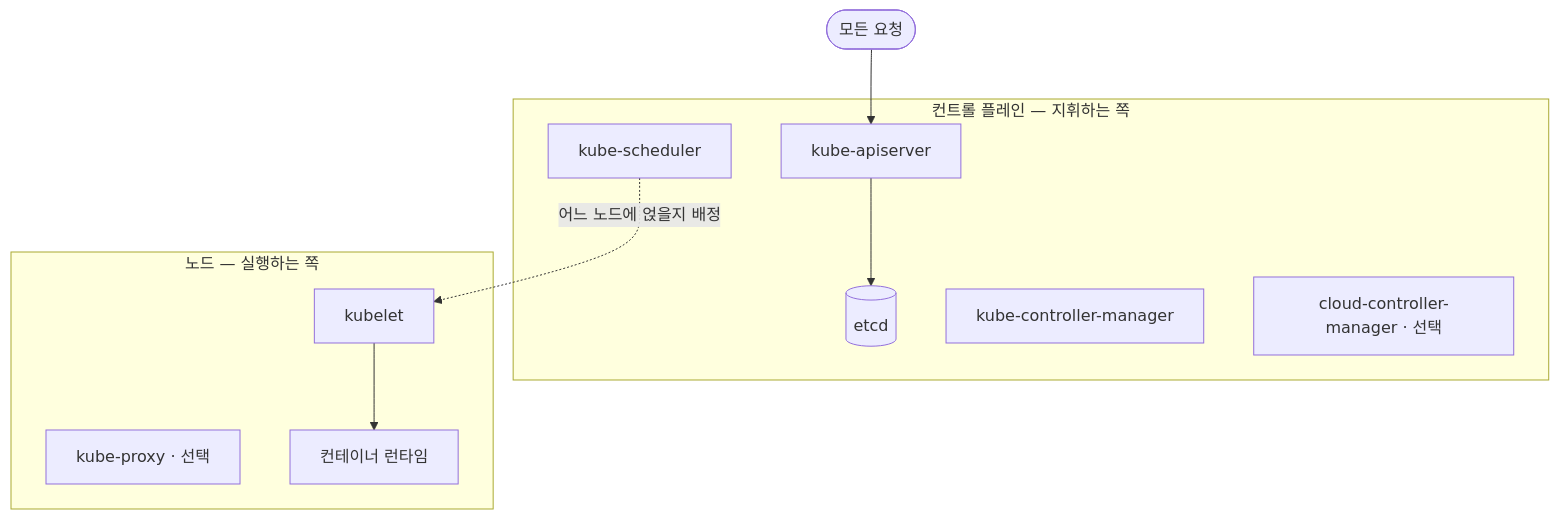
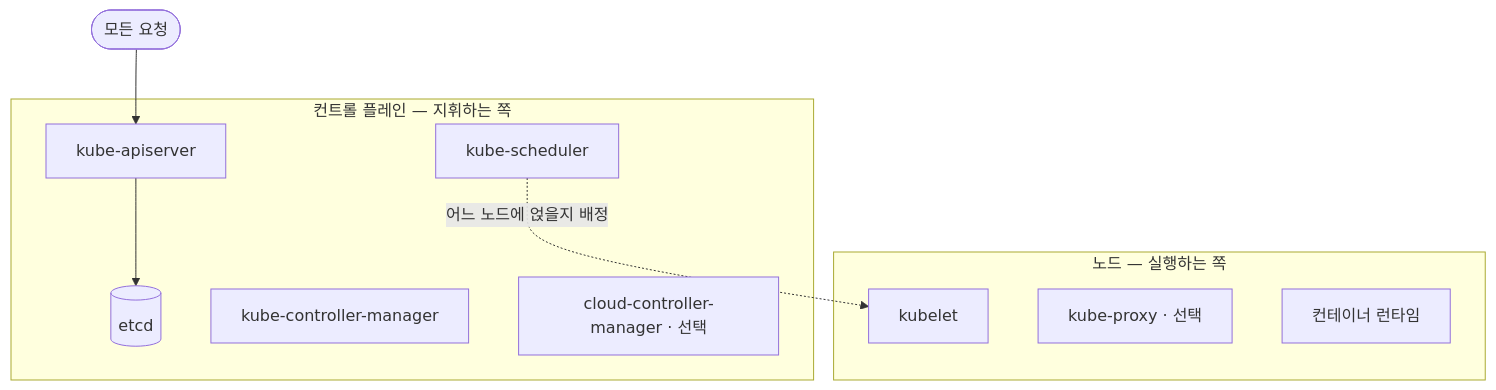
One commit to omottomo/llm-wiki changed the diagram in wiki/concepts/kubernetes.md. Above: the diagram before and after it, drawn with Mermaid.

Commit message:
fix(wiki): drop unbacked kubelet→runtime arrow from pilot diagram
- 무엇: kubernetes 페이지 그림에서 `KL --> RT` 화살표 한 줄 삭제
- 왜: §1.4 규칙 3 — 본문 절에 kubelet이 런타임을 호출한다는 문장이 없어 근거 없는 관계
- 영향: 노드·캡션 무변경. 그림 1장 화살표 4→3

Task: wiki-diagrams

````diff
--- a/wiki/concepts/kubernetes.md
+++ b/wiki/concepts/kubernetes.md
@@ -50,19 +50,18 @@
 ```mermaid
 flowchart TB
   subgraph CP[컨트롤 플레인 — 지휘하는 쪽]
     API[kube-apiserver]
     ETCD[(etcd)]
     SCH[kube-scheduler]
     CM[kube-controller-manager]
     CCM[cloud-controller-manager · 선택]
   end
   subgraph NODE[노드 — 실행하는 쪽]
     KL[kubelet]
     KP[kube-proxy · 선택]
     RT[컨테이너 런타임]
   end
   REQ([모든 요청]) --> API
   API --> ETCD
   SCH -. 어느 노드에 얹을지 배정 .-> KL
-  KL --> RT
 ```
````
